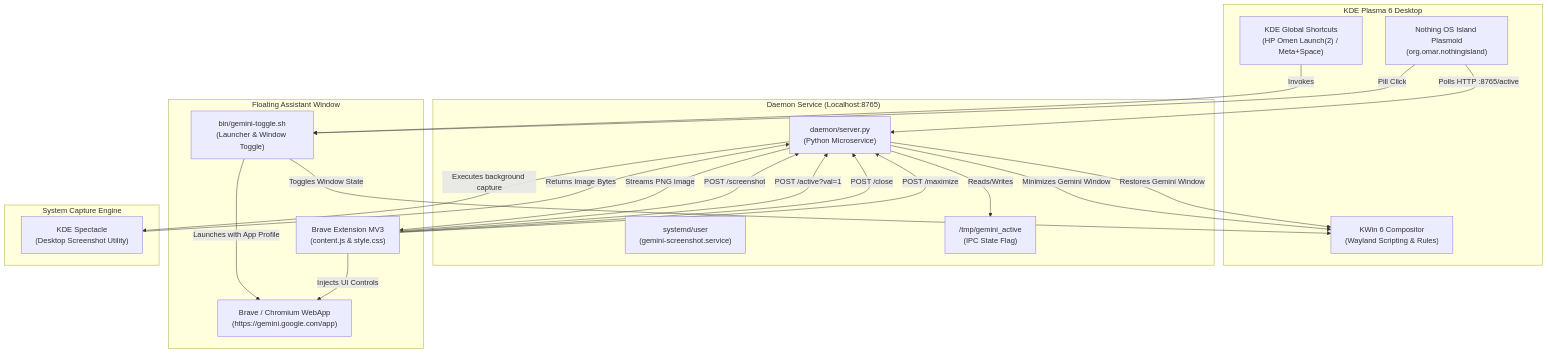
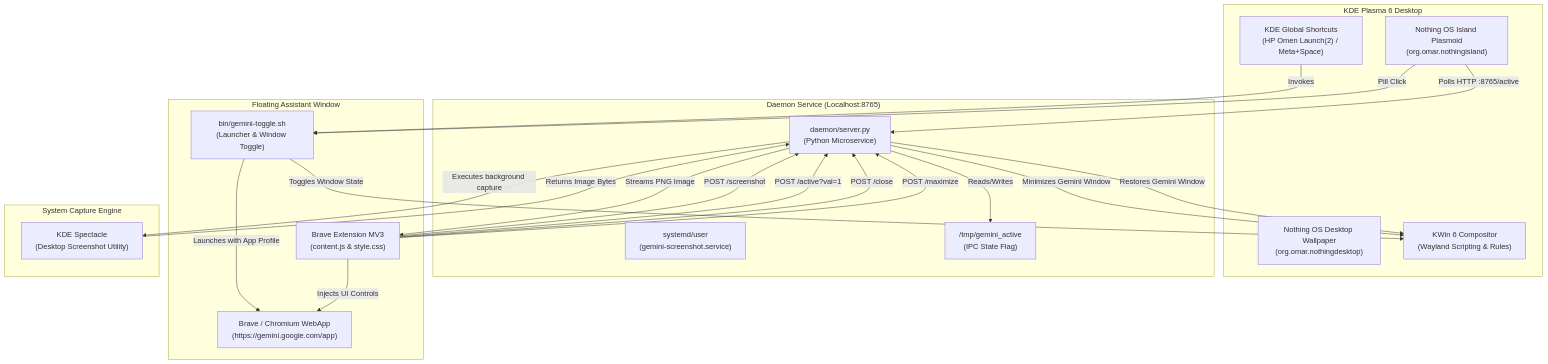
The diagram in README.md (pcsrao5675/gemini-nothing-desktop), drawn with Mermaid before and after one commit. The commit also changed other lines of this file and 19 other files, not shown here.

Commit message:
feat(wallpaper): implement Phase 1 Nothing OS Desktop Wallpaper plugin with modular widgets

````diff
--- a/README.md
+++ b/README.md
@@ -19,42 +19,43 @@
 ```mermaid
 graph TD
     subgraph "KDE Plasma 6 Desktop"
         TopBar["Nothing OS Island Plasmoid<br/>(org.omar.nothingisland)"]
+        Wallpaper["Nothing OS Desktop Wallpaper<br/>(org.omar.nothingdesktop)"]
         KWin["KWin 6 Compositor<br/>(Wayland Scripting & Rules)"]
         Shortcuts["KDE Global Shortcuts<br/>(HP Omen Launch(2) / Meta+Space)"]
     end
 
     subgraph "Daemon Service (Localhost:8765)"
         Daemon["daemon/server.py<br/>(Python Microservice)"]
         Systemd["systemd/user<br/>(gemini-screenshot.service)"]
         ActiveState["/tmp/gemini_active<br/>(IPC State Flag)"]
     end
 
     subgraph "Floating Assistant Window"
         Toggle["bin/gemini-toggle.sh<br/>(Launcher & Window Toggle)"]
         Brave["Brave / Chromium WebApp<br/>(https://gemini.google.com/app)"]
         Ext["Brave Extension MV3<br/>(content.js & style.css)"]
     end
 
     subgraph "System Capture Engine"
         Spectacle["KDE Spectacle<br/>(Desktop Screenshot Utility)"]
     end
 
     %% Interactions
     Shortcuts -->|Invokes| Toggle
     TopBar -->|Pill Click| Toggle
     TopBar -->|Polls HTTP :8765/active| Daemon
     Daemon -->|Reads/Writes| ActiveState
     Toggle -->|Toggles Window State| KWin
     Toggle -->|Launches with App Profile| Brave
     Ext -->|Injects UI Controls| Brave
     Ext -->|POST /screenshot| Daemon
     Ext -->|POST /active?val=1| Daemon
     Ext -->|POST /close| Daemon
     Ext -->|POST /maximize| Daemon
     Daemon -->|Minimizes Gemini Window| KWin
     Daemon -->|Executes background capture| Spectacle
     Daemon -->|Restores Gemini Window| KWin
     Spectacle -->|Returns Image Bytes| Daemon
     Daemon -->|Streams PNG Image| Ext
 ```
````
